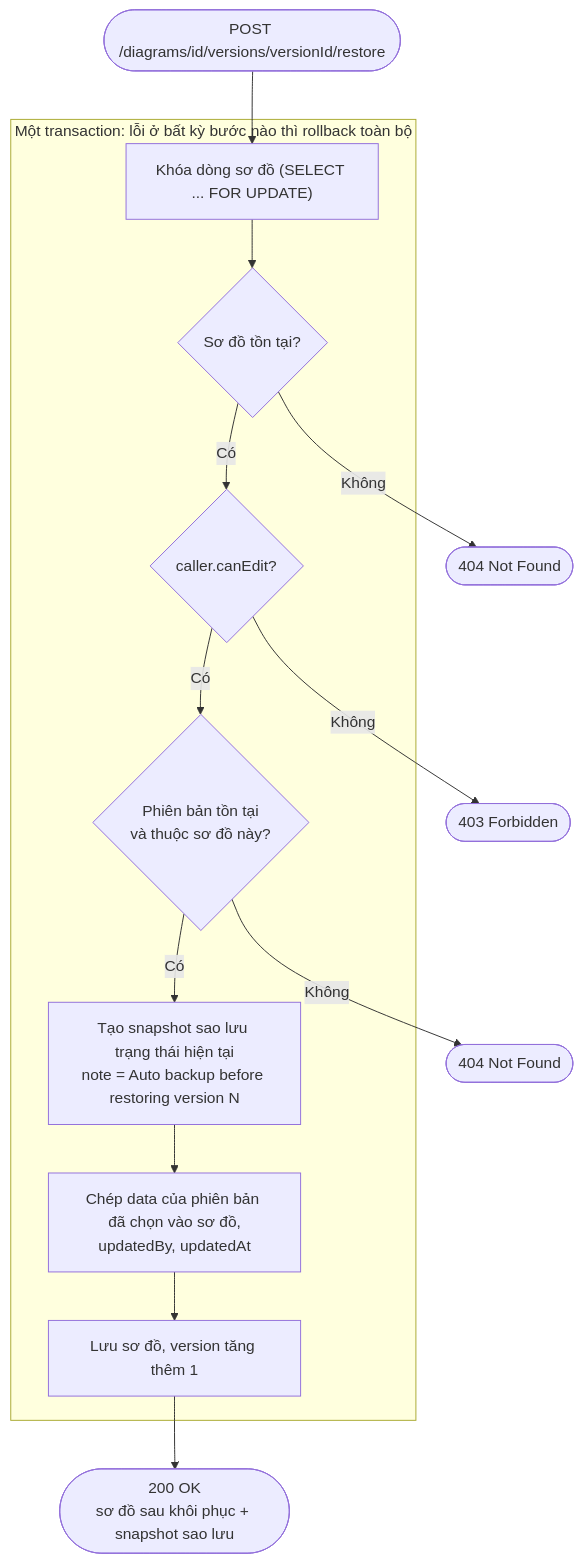
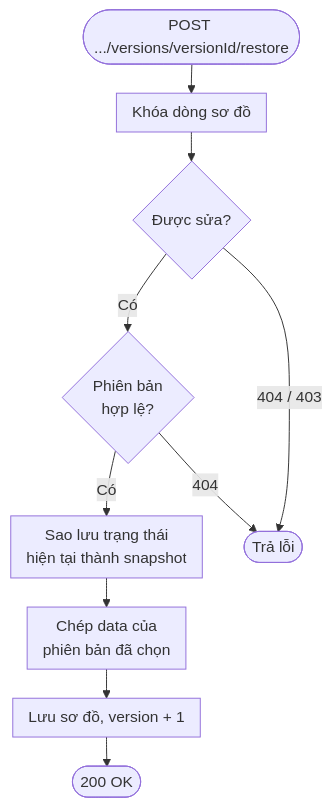
The sixth of 7 diagrams in docs/luong-nghiep-vu.md (Phamminh161005/CourseHub), drawn with Mermaid before and after one commit. The commit also changed other lines of this file, not shown here.

````diff
--- a/docs/luong-nghiep-vu.md
+++ b/docs/luong-nghiep-vu.md
@@ -163,18 +160,13 @@
 ```mermaid
+%%{init: {"flowchart": {"padding": 8, "rankSpacing": 30, "nodeSpacing": 40}}}%%
 flowchart TD
-    A(["POST /diagrams/id/versions/versionId/restore"]) --> L
-    subgraph TX ["Một transaction: lỗi ở bất kỳ bước nào thì rollback toàn bộ"]
-        L["Khóa dòng sơ đồ (SELECT ... FOR UPDATE)"] --> C{"Sơ đồ tồn tại?"}
-        D{"caller.canEdit?"}
-        F{"Phiên bản tồn tại<br/>và thuộc sơ đồ này?"}
-        B["Tạo snapshot sao lưu trạng thái hiện tại<br/>note = Auto backup before restoring version N"] --> G["Chép data của phiên bản đã chọn vào sơ đồ,<br/>updatedBy, updatedAt"]
-        G --> S["Lưu sơ đồ, version tăng thêm 1"]
-    end
-    C -- Không --> E404a(["404 Not Found"])
-    C -- Có --> D
-    D -- Không --> E403(["403 Forbidden"])
-    D -- Có --> F
-    F -- Không --> E404b(["404 Not Found"])
-    F -- Có --> B
-    S --> OK(["200 OK<br/>sơ đồ sau khôi phục + snapshot sao lưu"])
+    A(["POST .../versions/versionId/restore"]) --> L["Khóa dòng sơ đồ"]
+    L --> C{"Được sửa?"}
+    C -- Có --> F{"Phiên bản<br/>hợp lệ?"}
+    F -- Có --> B["Sao lưu trạng thái<br/>hiện tại thành snapshot"]
+    B --> G["Chép data của<br/>phiên bản đã chọn"]
+    G --> S["Lưu sơ đồ, version + 1"]
+    S --> OK(["200 OK"])
+    C -- "404 / 403" --> ERR(["Trả lỗi"])
+    F -- "404" --> ERR
 ```
````
